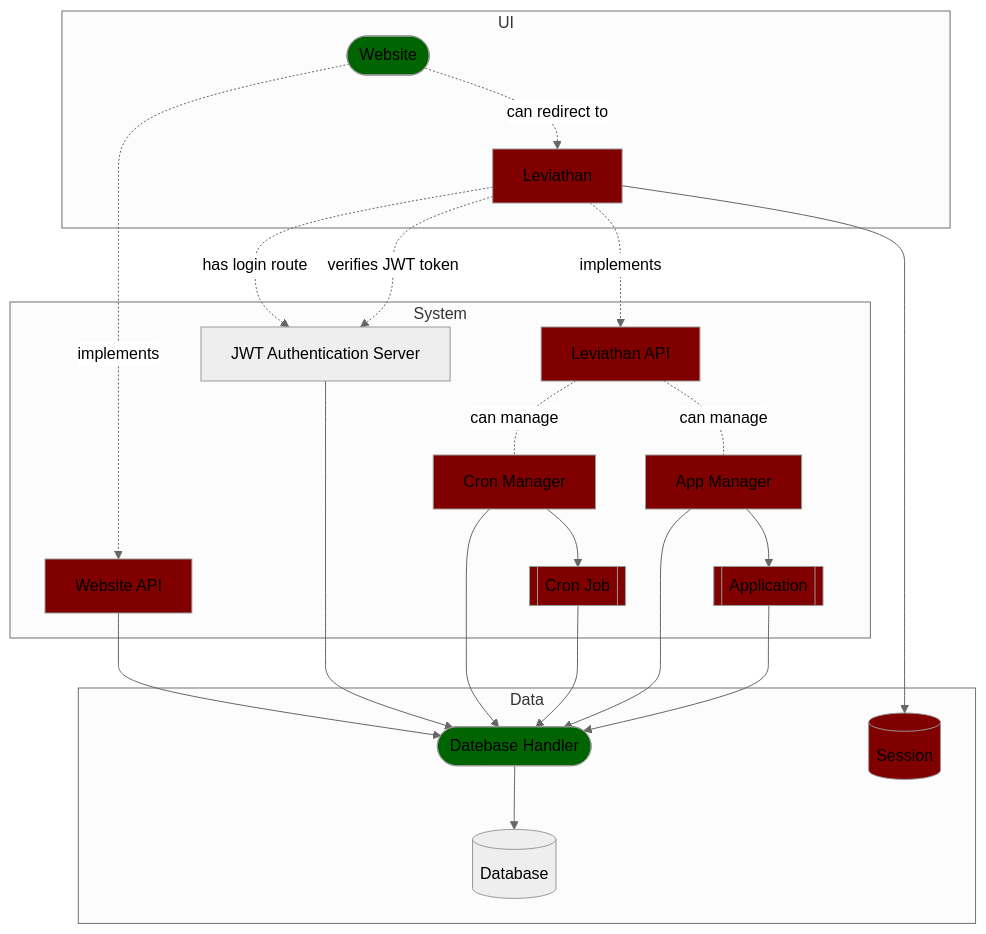
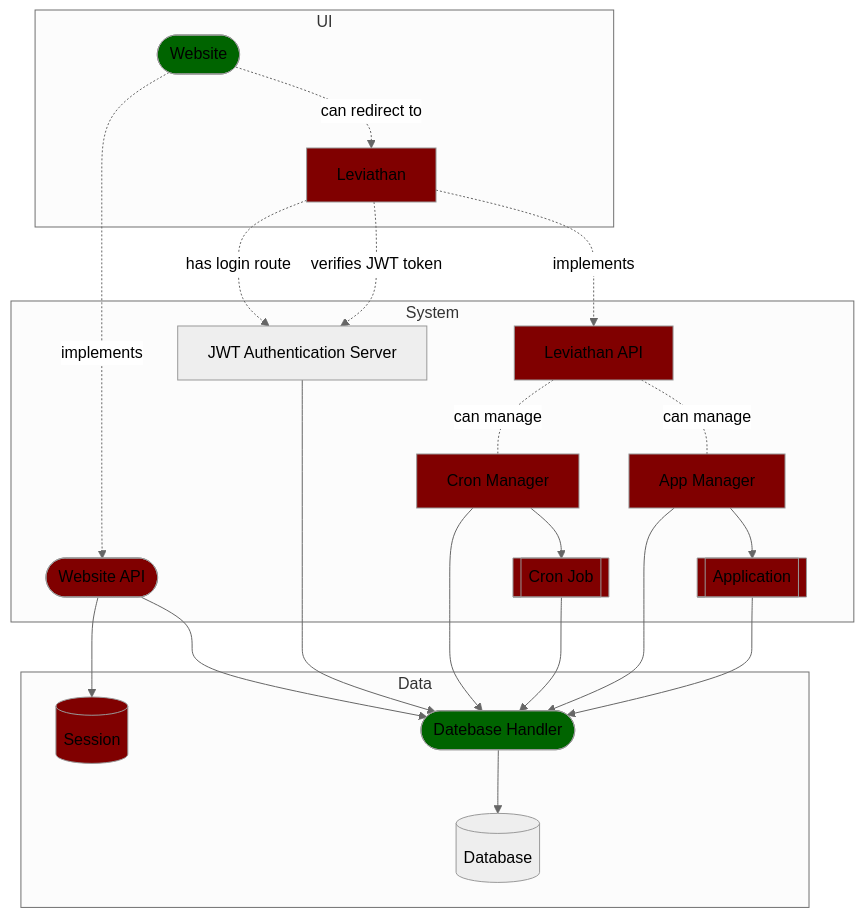
The diagram in diagrams/domain.mmd (olivernybo/leviathan), drawn with Mermaid (neutral theme) before and after one commit. The commit also changed 1 other file, not shown here.

Commit message:
web api uses session not leviathan api
The plan is to have the web api be the backend for the website. Since it'll be scalable I (probably) need the session storage to be shared over the containers.

Also, since I've moved the login route to leviathan, I don't need a shared session storage for it.

```diff
--- a/diagrams/domain.mmd
+++ b/diagrams/domain.mmd
@@ -1,42 +1,42 @@
 graph TD
 	classDef TODO fill:#800000;
 	classDef IN_PROGRESS fill:#006400;
 
 	subgraph data [Data]
 	db[(Database)]
 	session[(Session)]:::TODO
 	dbh([Datebase Handler]):::IN_PROGRESS
 	end
 
 	subgraph ui [UI]
 	web([Website]):::IN_PROGRESS
 	leviathan[Leviathan]:::TODO
 	end
 
 	subgraph system [System]
 	jwt[JWT Authentication Server]
-	webapi[Website API]:::TODO
+	webapi([Website API]):::TODO
 	levapi[Leviathan API]:::TODO
 	cronmanager[Cron Manager]:::TODO
 	cronjob[[Cron Job]]:::TODO
 	appmanager[App Manager]:::TODO
 	app[[Application]]:::TODO
 	end
 
 	web-.->|implements|webapi
 	web-.->|can redirect to|leviathan
+	webapi-->dbh
+	webapi-->session
 	leviathan-.->|has login route|jwt
 	leviathan-.->|verifies JWT token|jwt
 	leviathan-.->|implements|levapi
 	jwt-->dbh
-	webapi-->dbh
 	levapi-.-|can manage|cronmanager
 	levapi-.-|can manage|appmanager
 	cronmanager-->dbh
 	cronmanager-->cronjob
 	cronjob-->dbh
 	appmanager-->dbh
 	appmanager-->app
 	app-->dbh
-	leviathan-->session
 	dbh-->db
```
